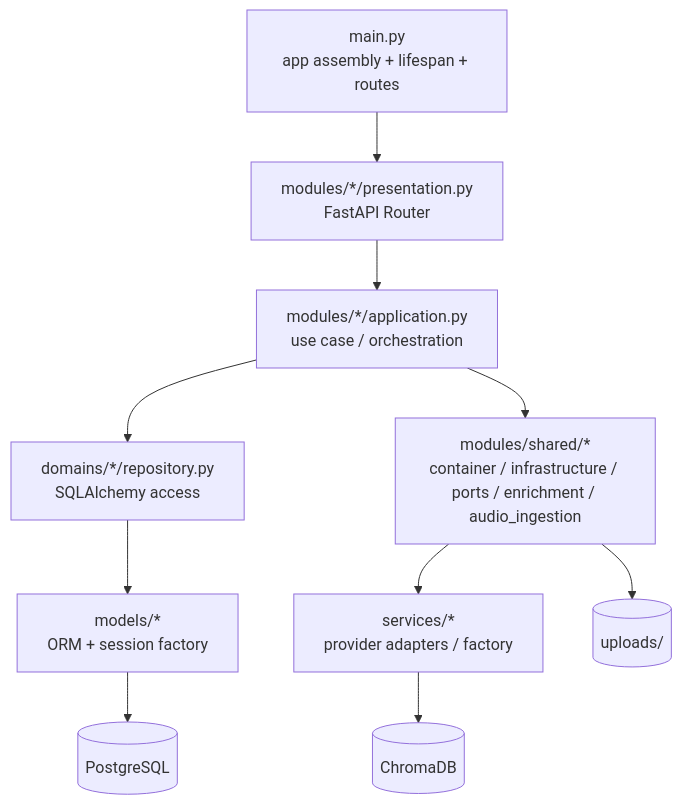
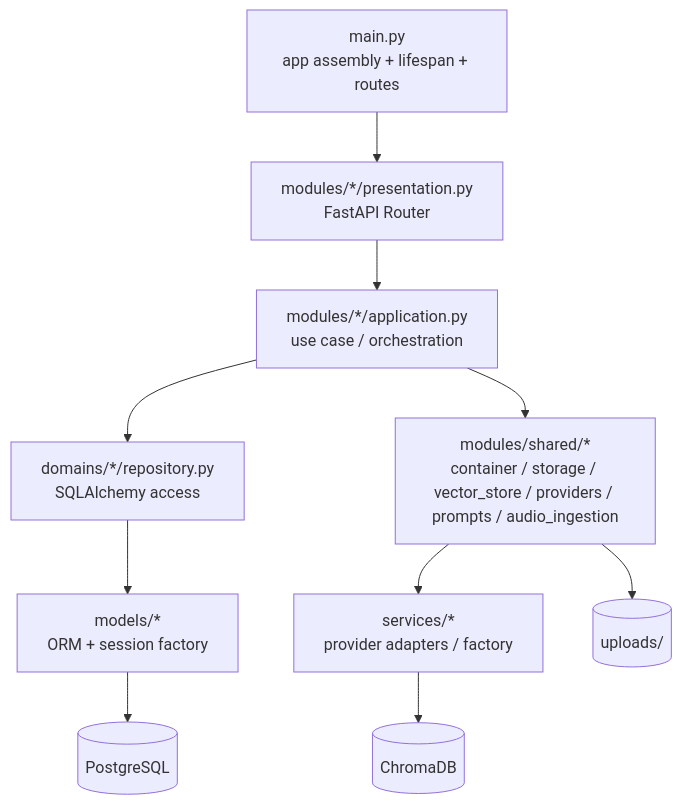
The third of 9 diagrams in memory-bank/architecture.md (YCZA2/SparkFlow), drawn with Mermaid before and after one commit. The commit also changed other lines of this file and 28 other files, not shown here.

````diff
--- a/memory-bank/architecture.md
+++ b/memory-bank/architecture.md
@@ -117,23 +117,23 @@
 ```mermaid
 flowchart TD
     MAIN["main.py<br/>app assembly + lifespan + routes"]
     PRE["modules/*/presentation.py<br/>FastAPI Router"]
     APP["modules/*/application.py<br/>use case / orchestration"]
-    SHARED["modules/shared/*<br/>container / infrastructure / ports / enrichment / audio_ingestion"]
+    SHARED["modules/shared/*<br/>container / storage / vector_store / providers / prompts / audio_ingestion"]
     REPO["domains/*/repository.py<br/>SQLAlchemy access"]
     MODEL["models/*<br/>ORM + session factory"]
     PROVIDER["services/*<br/>provider adapters / factory"]
     DB[("PostgreSQL")]
     UP[("uploads/")]
     VDB[("ChromaDB")]
 
     MAIN --> PRE
     PRE --> APP
     APP --> REPO
     APP --> SHARED
     SHARED --> PROVIDER
     REPO --> MODEL
     MODEL --> DB
     SHARED --> UP
     PROVIDER --> VDB
 ```
````
